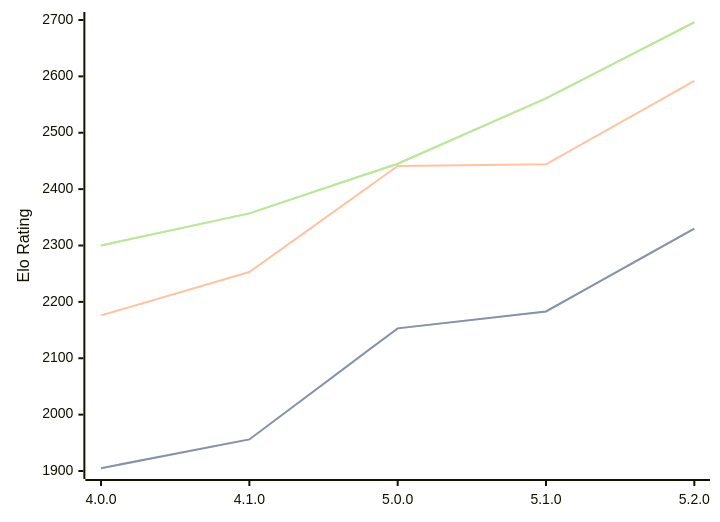
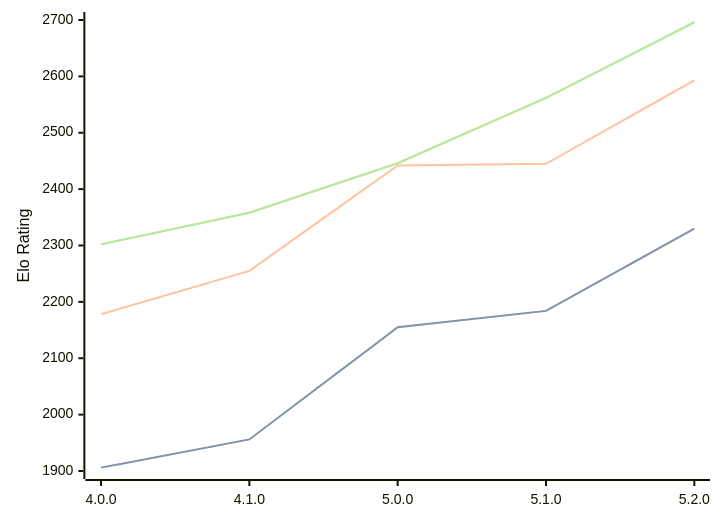
One commit to computer-chess-index/cci changed the diagram in engines/Aconcagua.md. Above: the diagram before and after it, drawn with Mermaid. The commit also changed other lines of this file, not shown here.

Commit message:
Update CCI Ratings (ELO VLTC) - 2026-08-21

````diff
--- a/engines/Aconcagua.md
+++ b/engines/Aconcagua.md
@@ -35,11 +35,11 @@
 ```mermaid
 %%{init: {"theme":"base","themeVariables":{"seriesColors:['#a3a3a3','#222221','#faa371']}}}%%
 xychart-beta
   x-axis ["4.0.0", "4.1.0", "5.0.0", "5.1.0", "5.2.0"]
   y-axis "Elo Rating" 1900 --> 2700
-  line "STC (8.0+0.08s)" [1905, 1956, 2153, 2183, 2330]
-  line "STC (8.0+0.08s)" [1905, 1956, 2153, 2183, 2330]
-  line "LTC (60.0+0.60s)" [2176, 2253, 2441, 2444, 2592]
-  line "VLTC (2m24s+1.12s)" [2300, 2357, 2445, 2561, 2696]
-  line "VLTC (2m24s+1.12s)" [2300, 2357, 2445, 2561, 2696]
+  line "STC (8.0+0.08s)" [1906, 1956, 2155, 2184, 2330]
+  line "STC (8.0+0.08s)" [1906, 1956, 2155, 2184, 2330]
+  line "LTC (60.0+0.60s)" [2178, 2255, 2442, 2445, 2593]
+  line "VLTC (2m24s+1.12s)" [2302, 2358, 2446, 2562, 2696]
+  line "VLTC (2m24s+1.12s)" [2302, 2358, 2446, 2562, 2696]
 ```
````
